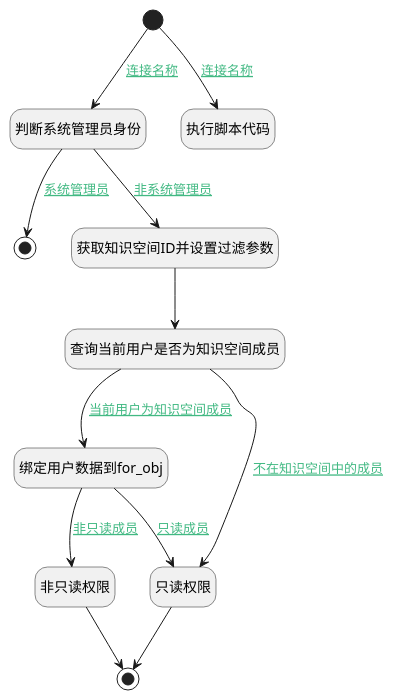
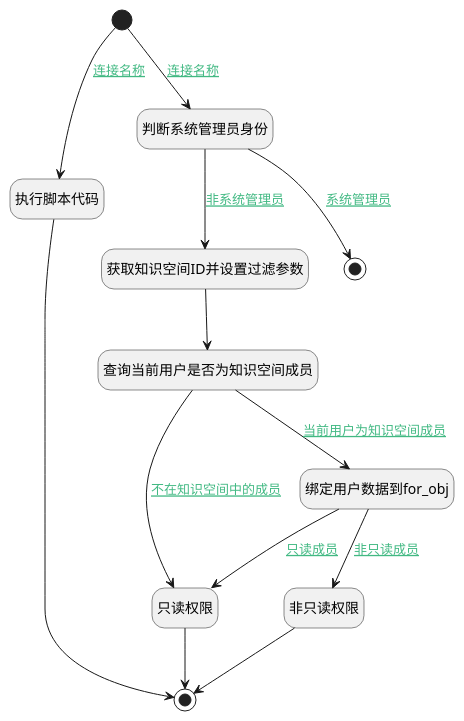
The diagram in doc/docsify/module/Wiki/article_page/logic/get_space_member.md (iBizLab/plm), drawn with PlantUML before and after one commit. The commit also changed other lines of this file and 862 other files, not shown here.

````diff
--- a/doc/docsify/module/Wiki/article_page/logic/get_space_member.md
+++ b/doc/docsify/module/Wiki/article_page/logic/get_space_member.md
@@ -7,37 +7,38 @@
 ```plantuml
 @startuml
 hide empty description
 <style>
 root {
   HyperlinkColor #42b983
 }
 </style>
 
 hide empty description
 state "开始" as Begin <<start>> [[$./get_space_member#begin {"开始"}]]
 state "结束" as END2 <<end>> [[$./get_space_member#end2 {"结束"}]]
+state "执行脚本代码" as RAWSFCODE4  [[$./get_space_member#rawsfcode4 {"执行脚本代码"}]]
 state "获取知识空间ID并设置过滤参数" as PREPAREPARAM2  [[$./get_space_member#prepareparam2 {"获取知识空间ID并设置过滤参数"}]]
 state "查询当前用户是否为知识空间成员" as DEDATASET3  [[$./get_space_member#dedataset3 {"查询当前用户是否为知识空间成员"}]]
 state "绑定用户数据到for_obj" as PREPAREPARAM5  [[$./get_space_member#prepareparam5 {"绑定用户数据到for_obj"}]]
 state "只读权限" as RAWSFCODE1  [[$./get_space_member#rawsfcode1 {"只读权限"}]]
 state "非只读权限" as RAWSFCODE2  [[$./get_space_member#rawsfcode2 {"非只读权限"}]]
 state "结束" as END6 <<end>> [[$./get_space_member#end6 {"结束"}]]
 state "判断系统管理员身份" as RAWSFCODE3  [[$./get_space_member#rawsfcode3 {"判断系统管理员身份"}]]
-state "执行脚本代码" as RAWSFCODE4  [[$./get_space_member#rawsfcode4 {"执行脚本代码"}]]
 
 
 Begin --> RAWSFCODE3 : [[$./get_space_member#begin-rawsfcode3{连接名称} 连接名称]]
 RAWSFCODE3 --> PREPAREPARAM2 : [[$./get_space_member#rawsfcode3-prepareparam2{非系统管理员} 非系统管理员]]
 PREPAREPARAM2 --> DEDATASET3
 DEDATASET3 --> RAWSFCODE1 : [[$./get_space_member#dedataset3-rawsfcode1{不在知识空间中的成员} 不在知识空间中的成员]]
 RAWSFCODE1 --> END6
 DEDATASET3 --> PREPAREPARAM5 : [[$./get_space_member#dedataset3-prepareparam5{当前用户为知识空间成员} 当前用户为知识空间成员]]
 PREPAREPARAM5 --> RAWSFCODE2 : [[$./get_space_member#prepareparam5-rawsfcode2{非只读成员} 非只读成员]]
 RAWSFCODE2 --> END6
 PREPAREPARAM5 --> RAWSFCODE1 : [[$./get_space_member#prepareparam5-rawsfcode1{只读成员} 只读成员]]
 RAWSFCODE3 --> END2 : [[$./get_space_member#rawsfcode3-end2{系统管理员} 系统管理员]]
 Begin --> RAWSFCODE4 : [[$./get_space_member#begin-rawsfcode4{连接名称} 连接名称]]
+RAWSFCODE4 --> END6
 
 
 @enduml
 ```
````
